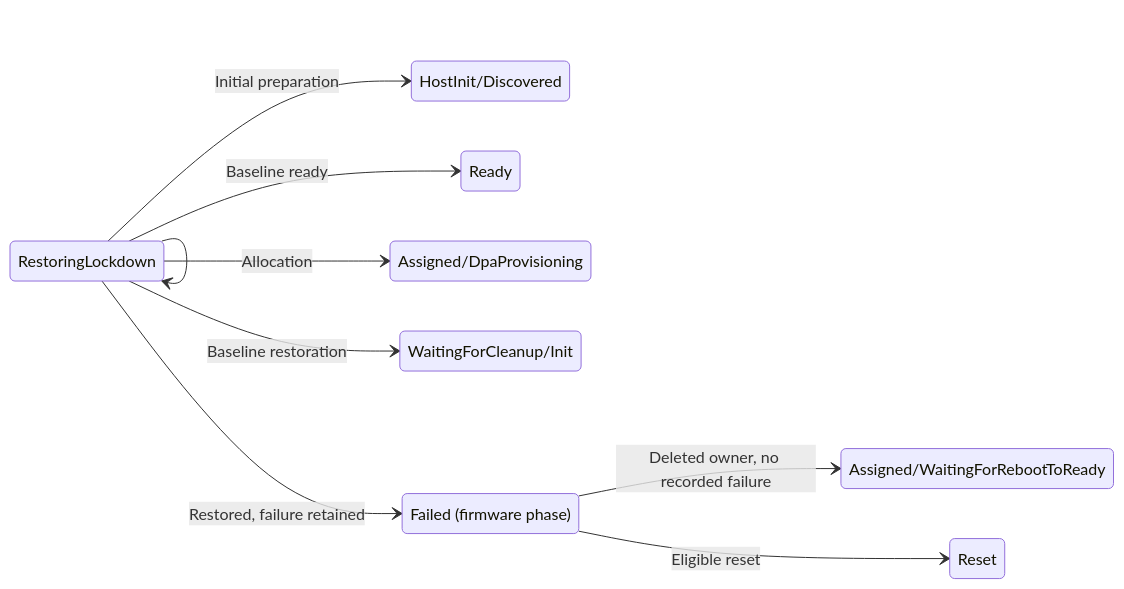
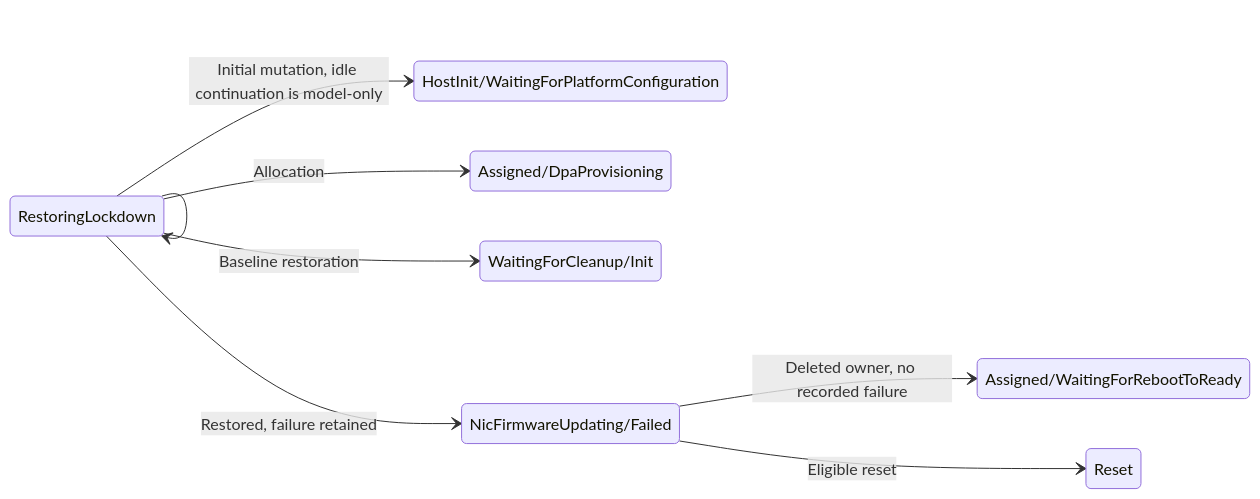
One commit to dsx-ai-factory/infra-controller changed the fifth of 19 diagrams in docs/architecture/state_machines/managedhost.md. Above: the diagram before and after it, drawn with Mermaid. The commit also changed other lines of this file and 3 other files, not shown here.

First line of the commit message:
docs(firmware): explain NIC preparation and release

````diff
--- a/docs/architecture/state_machines/managedhost.md
+++ b/docs/architecture/state_machines/managedhost.md
@@ -139,21 +220,19 @@
 ```mermaid
 stateDiagram-v2
     direction LR
     state "RestoringLockdown" as Restore
-    state "Failed (firmware phase)" as FirmwareFailed
-    state "HostInit/Discovered" as Prepare
-    state "Ready" as Ready
+    state "NicFirmwareUpdating/Failed" as FirmwareFailed
+    state "HostInit/WaitingForPlatformConfiguration" as Prepare
     state "Assigned/DpaProvisioning" as Allocate
     state "WaitingForCleanup/Init" as Cleanup
-    state "Assigned/WaitingForRebootToReady" as Release
+    state "Assigned/WaitingForRebootToReady" as RebootToReady
     state "Reset" as Reset
 
     Restore --> Restore
     Restore --> FirmwareFailed : Restored, failure retained
-    Restore --> Prepare : Initial preparation
-    Restore --> Ready : Baseline ready
+    Restore --> Prepare : Initial mutation, idle continuation is model-only
     Restore --> Allocate : Allocation
     Restore --> Cleanup : Baseline restoration
-    FirmwareFailed --> Release : Deleted owner, no recorded failure
+    FirmwareFailed --> RebootToReady : Deleted owner, no recorded failure
     FirmwareFailed --> Reset : Eligible reset
 ```
````
